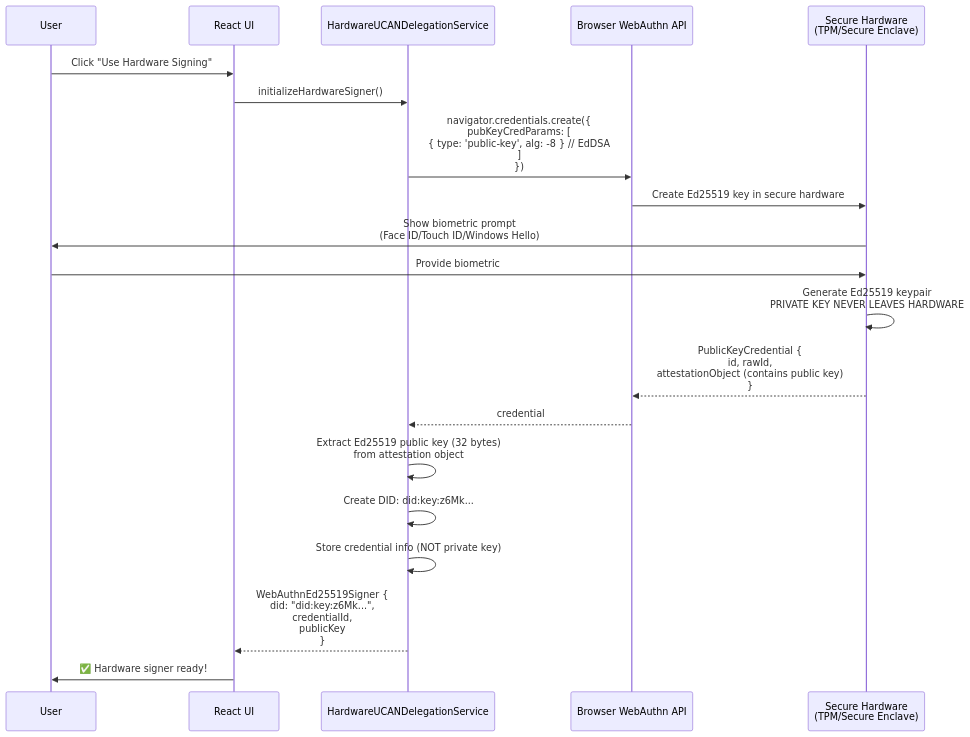
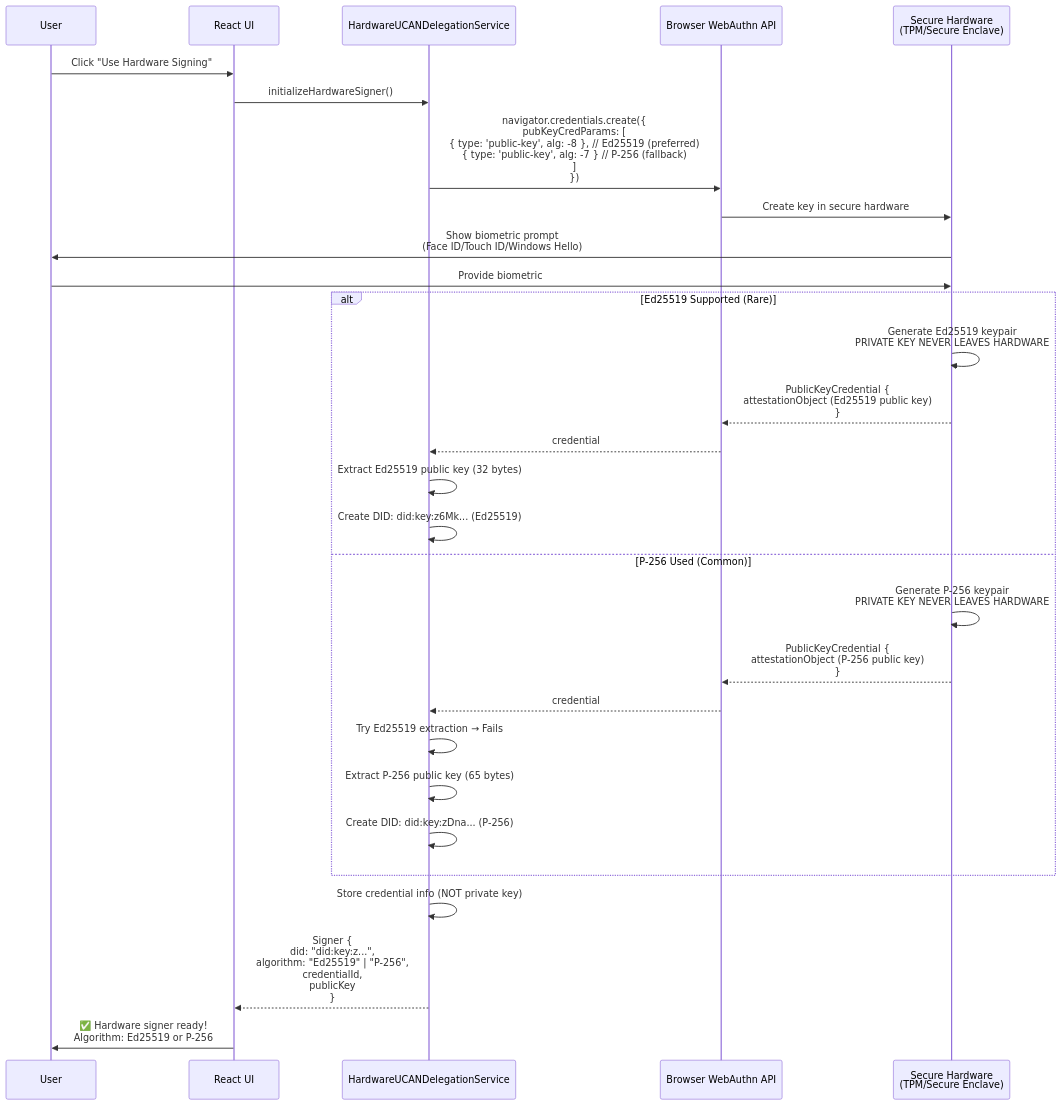
One commit to NiKrause/ucan-upload-wall changed the third of 13 diagrams in docs/ARCHITECTURE_FLOW.md. Above: the diagram before and after it, drawn with Mermaid. The commit also changed other lines of this file and 10 other files, not shown here.

First line of the commit message:
feat: Add P-256 hardware fallback and delegation chaining support

````diff
--- a/docs/ARCHITECTURE_FLOW.md
+++ b/docs/ARCHITECTURE_FLOW.md
@@ -190,26 +197,36 @@
 ```mermaid
 sequenceDiagram
     participant User
     participant UI as React UI
     participant HardwareService as HardwareUCANDelegationService
     participant Browser as Browser WebAuthn API
     participant Hardware as Secure Hardware<br/>(TPM/Secure Enclave)
 
     User->>UI: Click "Use Hardware Signing"
     UI->>HardwareService: initializeHardwareSigner()
     
-    HardwareService->>Browser: navigator.credentials.create({<br/>  pubKeyCredParams: [<br/>    { type: 'public-key', alg: -8 }  // EdDSA<br/>  ]<br/>})
-    Browser->>Hardware: Create Ed25519 key in secure hardware
+    HardwareService->>Browser: navigator.credentials.create({<br/>  pubKeyCredParams: [<br/>    { type: 'public-key', alg: -8 },  // Ed25519 (preferred)<br/>    { type: 'public-key', alg: -7 }   // P-256 (fallback)<br/>  ]<br/>})
+    Browser->>Hardware: Create key in secure hardware
     Hardware->>User: Show biometric prompt<br/>(Face ID/Touch ID/Windows Hello)
     User->>Hardware: Provide biometric
-    Hardware->>Hardware: Generate Ed25519 keypair<br/>PRIVATE KEY NEVER LEAVES HARDWARE
-    Hardware-->>Browser: PublicKeyCredential {<br/>  id, rawId,<br/>  attestationObject (contains public key)<br/>}
-    Browser-->>HardwareService: credential
     
-    HardwareService->>HardwareService: Extract Ed25519 public key (32 bytes)<br/>from attestation object
-    HardwareService->>HardwareService: Create DID: did:key:z6Mk...
+    alt Ed25519 Supported (Rare)
+        Hardware->>Hardware: Generate Ed25519 keypair<br/>PRIVATE KEY NEVER LEAVES HARDWARE
+        Hardware-->>Browser: PublicKeyCredential {<br/>  attestationObject (Ed25519 public key)<br/>}
+        Browser-->>HardwareService: credential
+        HardwareService->>HardwareService: Extract Ed25519 public key (32 bytes)
+        HardwareService->>HardwareService: Create DID: did:key:z6Mk... (Ed25519)
+    else P-256 Used (Common)
+        Hardware->>Hardware: Generate P-256 keypair<br/>PRIVATE KEY NEVER LEAVES HARDWARE
+        Hardware-->>Browser: PublicKeyCredential {<br/>  attestationObject (P-256 public key)<br/>}
+        Browser-->>HardwareService: credential
+        HardwareService->>HardwareService: Try Ed25519 extraction → Fails
+        HardwareService->>HardwareService: Extract P-256 public key (65 bytes)
+        HardwareService->>HardwareService: Create DID: did:key:zDna... (P-256)
+    end
+    
     HardwareService->>HardwareService: Store credential info (NOT private key)
     
-    HardwareService-->>UI: WebAuthnEd25519Signer {<br/>  did: "did:key:z6Mk...",<br/>  credentialId,<br/>  publicKey<br/>}
-    UI->>User: ✅ Hardware signer ready!
+    HardwareService-->>UI: Signer {<br/>  did: "did:key:z...",<br/>  algorithm: "Ed25519" | "P-256",<br/>  credentialId,<br/>  publicKey<br/>}
+    UI->>User: ✅ Hardware signer ready!<br/>Algorithm: Ed25519 or P-256
 ```
````
